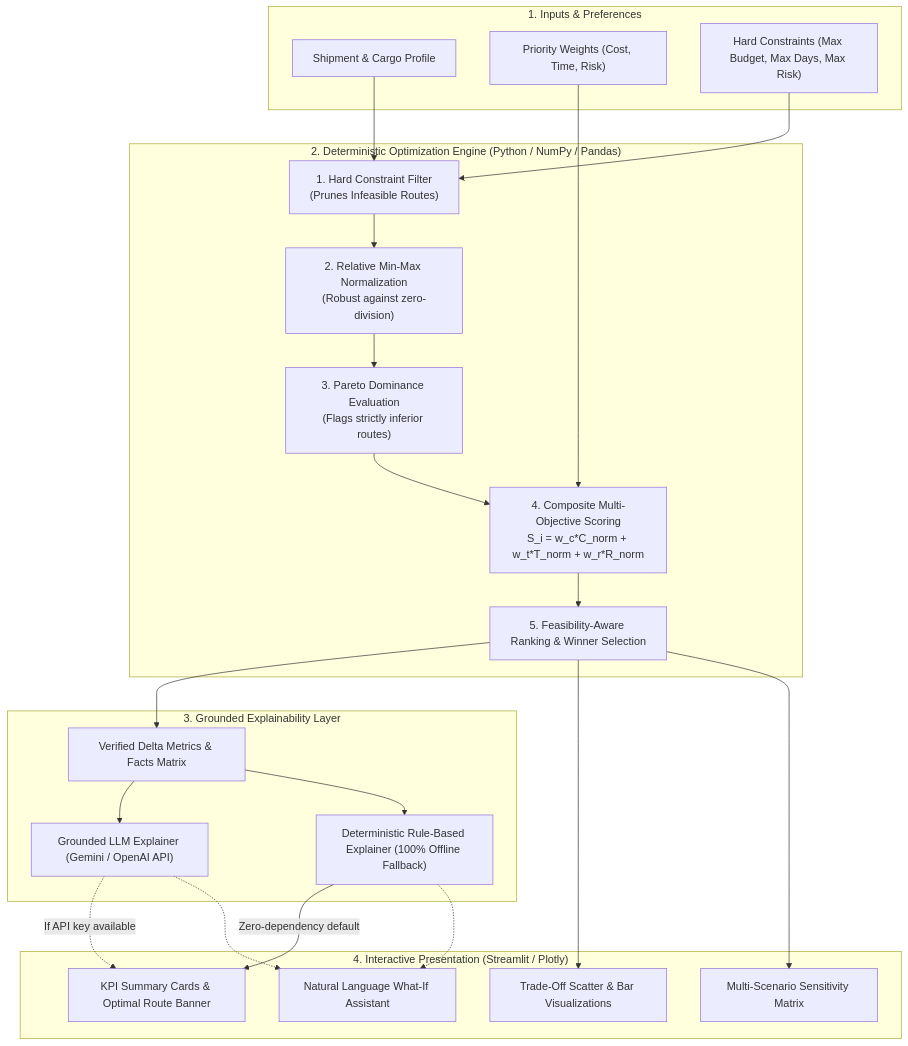
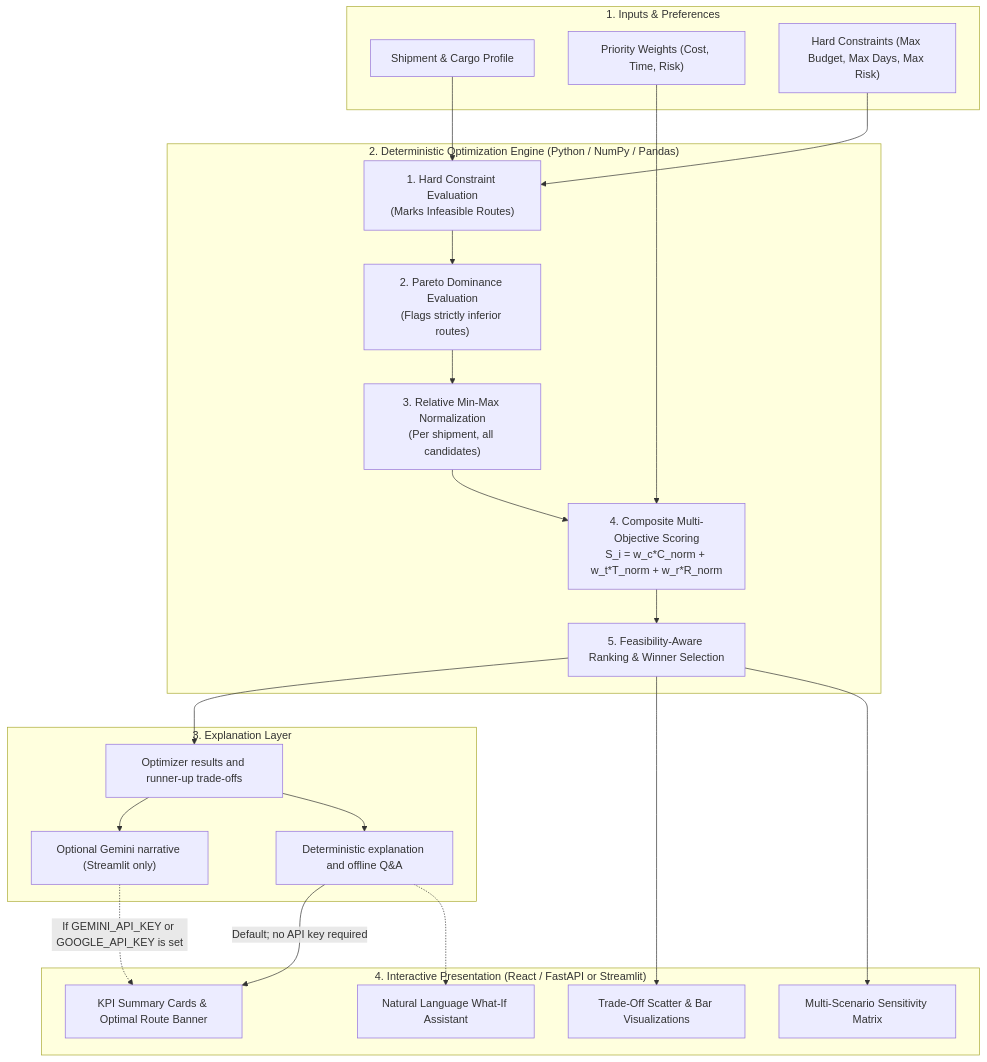
Before and after one commit to UshaSri26/routewise-ai-: the diagram in README.md, drawn with Mermaid. The commit also changed other lines of this file and 27 other files, not shown here.

````diff
--- a/README.md
+++ b/README.md
@@ -25,43 +32,42 @@
 ```mermaid
 flowchart TD
     subgraph Input ["1. Inputs & Preferences"]
         S[Shipment & Cargo Profile]
         W["Priority Weights (Cost, Time, Risk)"]
         C["Hard Constraints (Max Budget, Max Days, Max Risk)"]
     end
 
     subgraph Core ["2. Deterministic Optimization Engine (Python / NumPy / Pandas)"]
-        F["1. Hard Constraint Filter<br/>(Prunes Infeasible Routes)"]
-        N["2. Relative Min-Max Normalization<br/>(Robust against zero-division)"]
-        P["3. Pareto Dominance Evaluation<br/>(Flags strictly inferior routes)"]
+        F["1. Hard Constraint Evaluation<br/>(Marks Infeasible Routes)"]
+        P["2. Pareto Dominance Evaluation<br/>(Flags strictly inferior routes)"]
+        N["3. Relative Min-Max Normalization<br/>(Per shipment, all candidates)"]
         R["4. Composite Multi-Objective Scoring<br/>S_i = w_c*C_norm + w_t*T_norm + w_r*R_norm"]
         O["5. Feasibility-Aware Ranking & Winner Selection"]
     end
 
-    subgraph Explain ["3. Grounded Explainability Layer"]
-        D["Verified Delta Metrics & Facts Matrix"]
-        LLM["Grounded LLM Explainer (Gemini / OpenAI API)"]
-        FB["Deterministic Rule-Based Explainer (100% Offline Fallback)"]
+    subgraph Explain ["3. Explanation Layer"]
+        D["Optimizer results and runner-up trade-offs"]
+        LLM["Optional Gemini narrative (Streamlit only)"]
+        FB["Deterministic explanation and offline Q&A"]
     end
 
-    subgraph UI ["4. Interactive Presentation (Streamlit / Plotly)"]
+    subgraph UI ["4. Interactive Presentation (React / FastAPI or Streamlit)"]
         DASH["KPI Summary Cards & Optimal Route Banner"]
         RADAR["Trade-Off Scatter & Bar Visualizations"]
         SENS["Multi-Scenario Sensitivity Matrix"]
         QA["Natural Language What-If Assistant"]
     end
 
     S --> F
     W --> R
     C --> F
-    F --> N --> P --> R --> O
+    F --> P --> N --> R --> O
     O --> D
     D --> LLM
     D --> FB
-    LLM -.->|If API key available| DASH
-    FB -->|Zero-dependency default| DASH
+    LLM -.->|If GEMINI_API_KEY or GOOGLE_API_KEY is set| DASH
+    FB -->|Default; no API key required| DASH
     O --> RADAR
     O --> SENS
-    LLM -.-> QA
     FB -.-> QA
 ```
````
